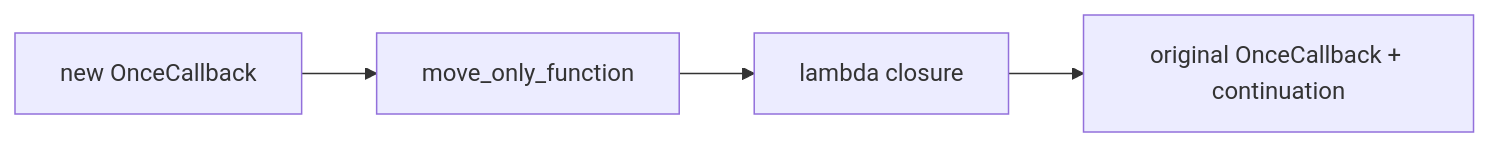
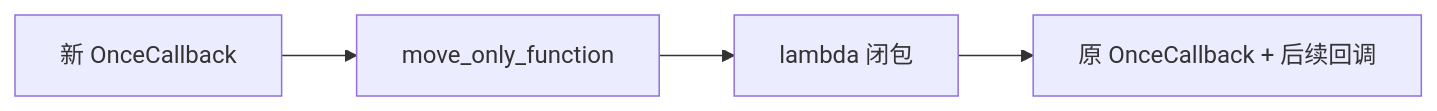
One commit to Awesome-Embedded-Learning-Studio/Tutorial_AwesomeModernCPP changed the diagram in documents/en/vol9-open-source-project-learn/chrome/01_once_callback/full/pre-03-once-callback-lambda-advanced.md. Above: the diagram before and after it, drawn with Mermaid. The commit also changed other lines of this file and 749 other files, not shown here.

````diff
--- a/documents/en/vol9-open-source-project-learn/chrome/01_once_callback/full/pre-03-once-callback-lambda-advanced.md
+++ b/documents/en/vol9-open-source-project-learn/chrome/01_once_callback/full/pre-03-once-callback-lambda-advanced.md
@@ -130,4 +130,4 @@
 ```mermaid
 graph LR
-    A["new OnceCallback"] --> B["move_only_function"] --> C["lambda closure"] --> D["original OnceCallback + continuation"]
+    A["新 OnceCallback"] --> B["move_only_function"] --> C["lambda 闭包"] --> D["原 OnceCallback + 后续回调"]
 ```
````
